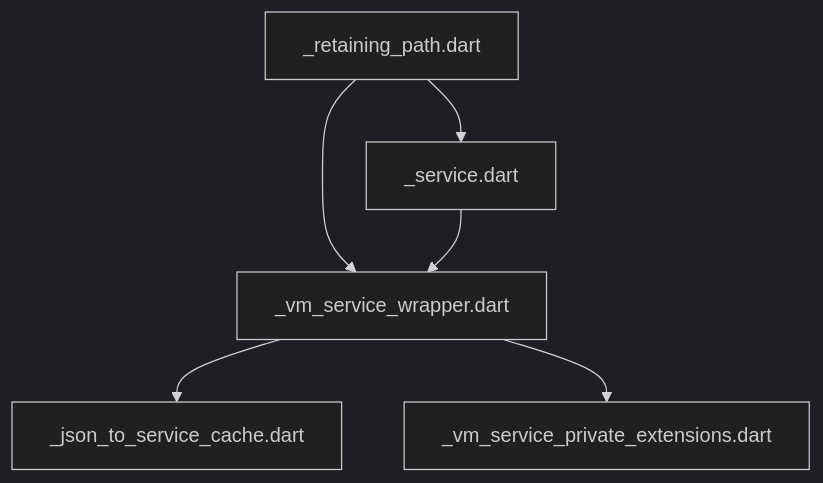
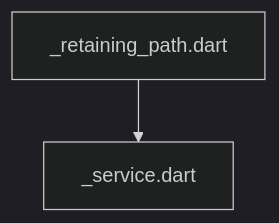
Before and after one commit to dart-lang/leak_tracker: the diagram in lib/src/leak_tracking/retaining_path/DEPENDENCIES.md, drawn with Mermaid (dark theme). The commit also changed 5 other files, not shown here.

````diff
--- a/lib/src/leak_tracking/retaining_path/DEPENDENCIES.md
+++ b/lib/src/leak_tracking/retaining_path/DEPENDENCIES.md
@@ -6,8 +6,4 @@
 ```mermaid
 flowchart TD;
 _retaining_path.dart-->_service.dart;
-_retaining_path.dart-->_vm_service_wrapper.dart;
-_service.dart-->_vm_service_wrapper.dart;
-_vm_service_wrapper.dart-->_json_to_service_cache.dart;
-_vm_service_wrapper.dart-->_vm_service_private_extensions.dart;
 ```
````
